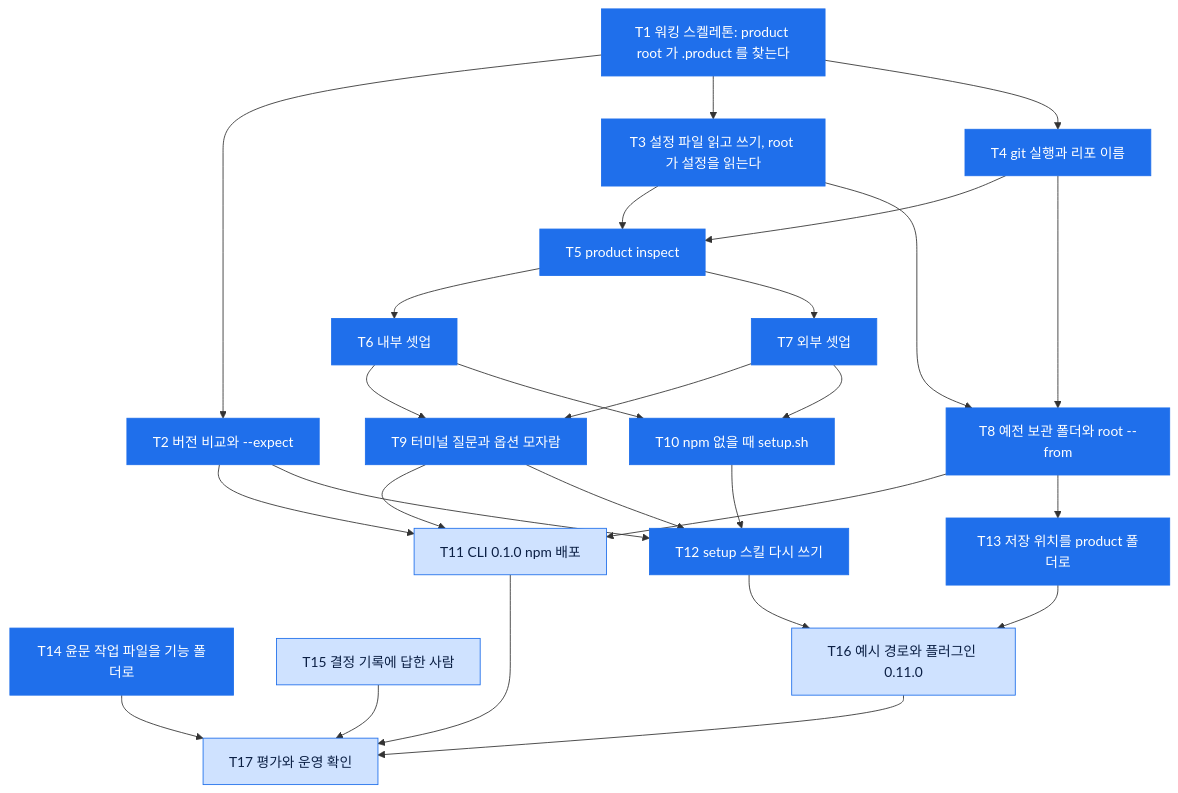
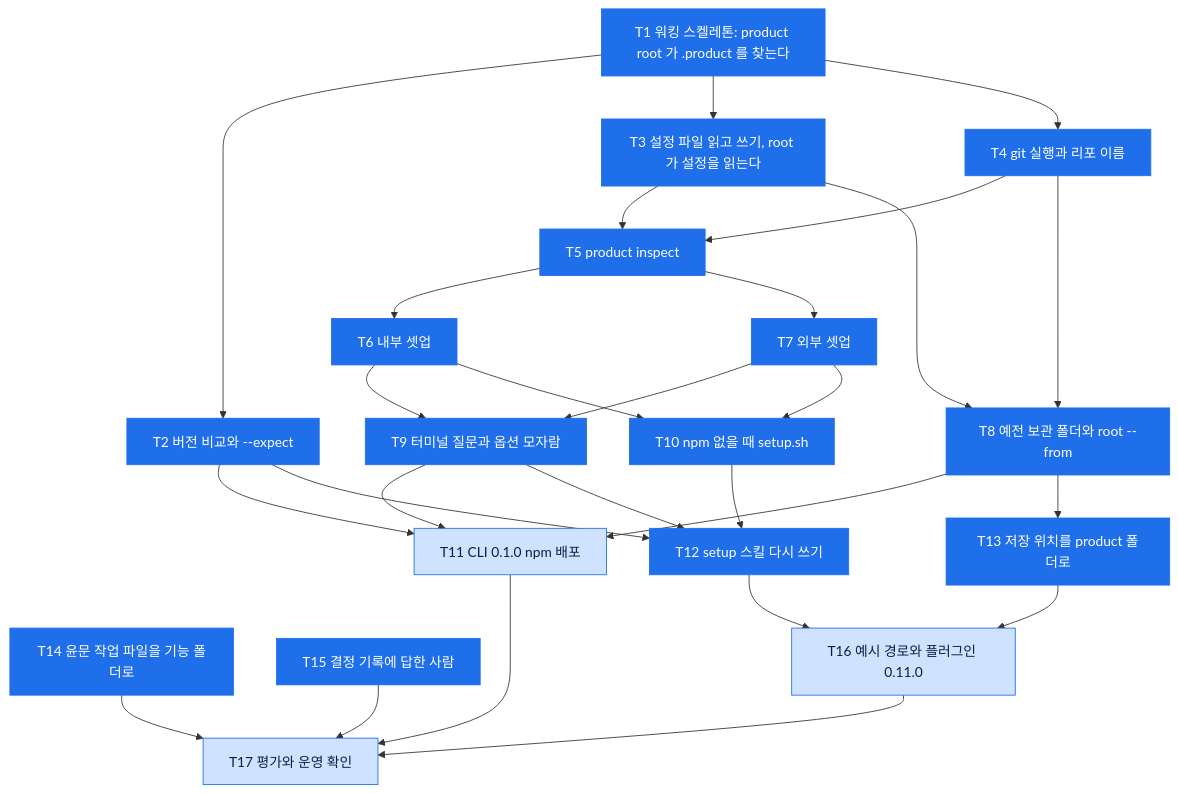
One commit to dorage/product-skills changed the diagram in .product/features/261122_setup-method/tasks.md. Above: the diagram before and after it, drawn with Mermaid. The commit also changed other lines of this file and 2 other files, not shown here.

Commit message:
feat(product):내부 셋업 문서에서 누가 답했는지 알게 답한 사람 기록

````diff
--- a/.product/features/261122_setup-method/tasks.md
+++ b/.product/features/261122_setup-method/tasks.md
@@ -7,50 +7,50 @@
 ```mermaid
 flowchart TD
     T1["T1 워킹 스켈레톤: product root 가 .product 를 찾는다"]
     T2["T2 버전 비교와 --expect"]
     T3["T3 설정 파일 읽고 쓰기, root 가 설정을 읽는다"]
     T4["T4 git 실행과 리포 이름"]
     T5["T5 product inspect"]
     T6["T6 내부 셋업"]
     T7["T7 외부 셋업"]
     T8["T8 예전 보관 폴더와 root --from"]
     T9["T9 터미널 질문과 옵션 모자람"]
     T10["T10 npm 없을 때 setup.sh"]
     T11["T11 CLI 0.1.0 npm 배포"]
     T12["T12 setup 스킬 다시 쓰기"]
     T13["T13 저장 위치를 product 폴더로"]
     T14["T14 윤문 작업 파일을 기능 폴더로"]
     T15["T15 결정 기록에 답한 사람"]
     T16["T16 예시 경로와 플러그인 0.11.0"]
     T17["T17 평가와 운영 확인"]
     T1 --> T2
     T1 --> T3
     T1 --> T4
     T3 --> T5
     T4 --> T5
     T5 --> T6
     T5 --> T7
     T3 --> T8
     T4 --> T8
     T6 --> T9
     T7 --> T9
     T6 --> T10
     T7 --> T10
     T2 --> T11
     T8 --> T11
     T9 --> T11
     T9 --> T12
     T10 --> T12
     T2 --> T12
     T8 --> T13
     T12 --> T16
     T13 --> T16
     T11 --> T17
     T14 --> T17
     T15 --> T17
     T16 --> T17
     classDef done fill:#1f6feb,stroke:#1f6feb,color:#ffffff
     classDef todo fill:#cfe2ff,stroke:#1f6feb,color:#0b1f44
-    class T1,T2,T3,T4,T5,T6,T7,T8,T9,T10,T12,T13,T14 done
-    class T11,T15,T16,T17 todo
+    class T1,T2,T3,T4,T5,T6,T7,T8,T9,T10,T12,T13,T14,T15 done
+    class T11,T16,T17 todo
 ```
````
